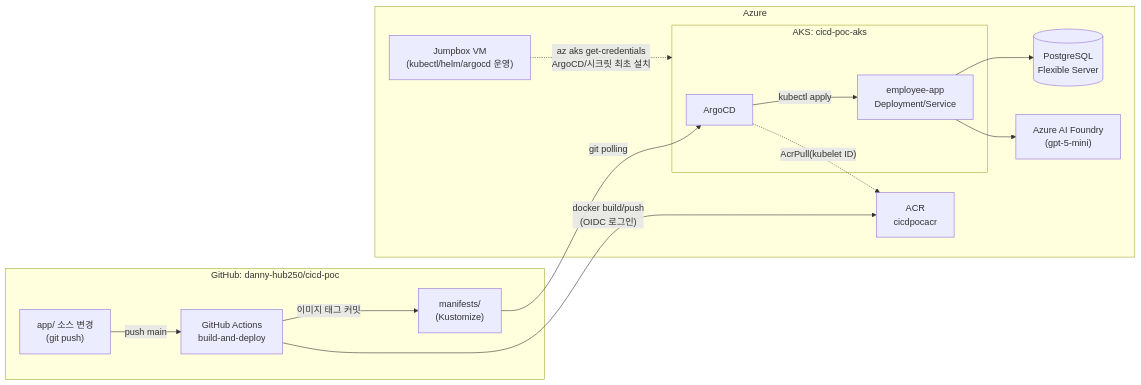
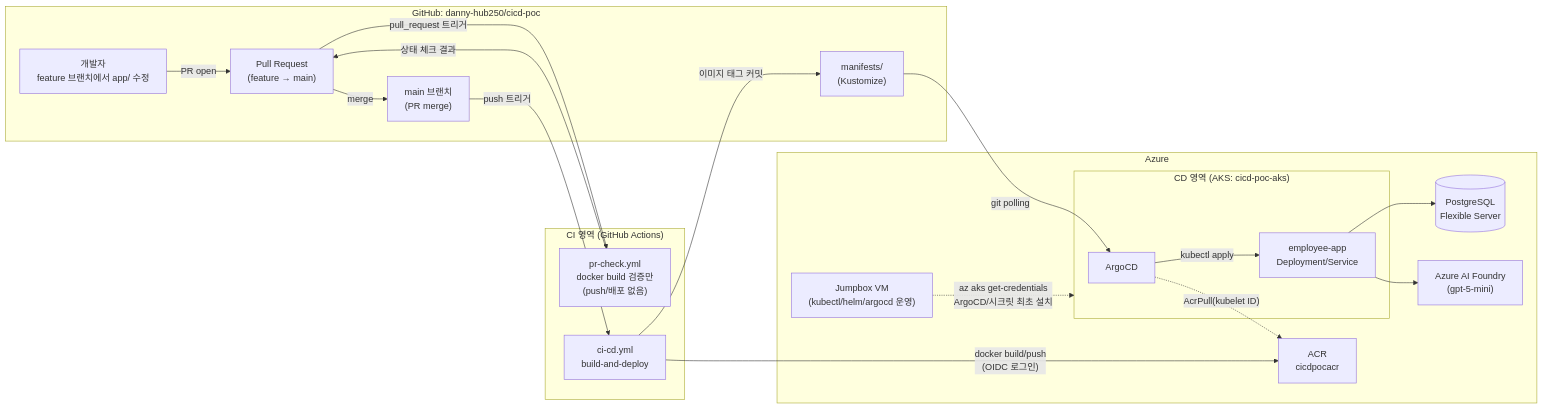
Before and after one commit to danny-hub250/cicd-poc: the first of 2 diagrams in README.md, drawn with Mermaid. The commit also changed other lines of this file and 1 other file, not shown here.

First line of the commit message:
docs: add PR stage and CI/CD region labels to architecture diagrams

````diff
--- a/README.md
+++ b/README.md
@@ -14,29 +14,40 @@
 ```mermaid
 flowchart LR
     subgraph GitHub["GitHub: danny-hub250/cicd-poc"]
-        SRC["app/ 소스 변경\n(git push)"]
-        GHA["GitHub Actions\nbuild-and-deploy"]
+        DEV["개발자\nfeature 브랜치에서 app/ 수정"]
+        PR["Pull Request\n(feature → main)"]
+        MAIN["main 브랜치\n(PR merge)"]
         MANI["manifests/\n(Kustomize)"]
-        SRC -->|push main| GHA
-        GHA -->|"이미지 태그 커밋"| MANI
+        DEV -->|PR open| PR
+        PR -->|merge| MAIN
     end
+
+    subgraph CI["CI 영역 (GitHub Actions)"]
+        PRCHECK["pr-check.yml\ndocker build 검증만\n(push/배포 없음)"]
+        BUILD["ci-cd.yml\nbuild-and-deploy"]
+    end
+
+    PR -->|"pull_request 트리거"| PRCHECK
+    PRCHECK -->|"상태 체크 결과"| PR
+    MAIN -->|"push 트리거"| BUILD
+    BUILD -->|"이미지 태그 커밋"| MANI
 
     subgraph Azure["Azure"]
         ACR["ACR\ncicdpocacr"]
-        subgraph AKS["AKS: cicd-poc-aks"]
+        subgraph CD["CD 영역 (AKS: cicd-poc-aks)"]
             ARGO["ArgoCD"]
             APP["employee-app\nDeployment/Service"]
         end
         DB[("PostgreSQL\nFlexible Server")]
         FOUNDRY["Azure AI Foundry\n(gpt-5-mini)"]
         VM["Jumpbox VM\n(kubectl/helm/argocd 운영)"]
     end
 
-    GHA -->|"docker build/push\n(OIDC 로그인)"| ACR
+    BUILD -->|"docker build/push\n(OIDC 로그인)"| ACR
     MANI -->|"git polling"| ARGO
     ARGO -->|"kubectl apply"| APP
     ARGO -.->|"AcrPull(kubelet ID)"| ACR
     APP --> DB
     APP --> FOUNDRY
-    VM -.->|"az aks get-credentials\nArgoCD/시크릿 최초 설치"| AKS
+    VM -.->|"az aks get-credentials\nArgoCD/시크릿 최초 설치"| CD
 ```
````
